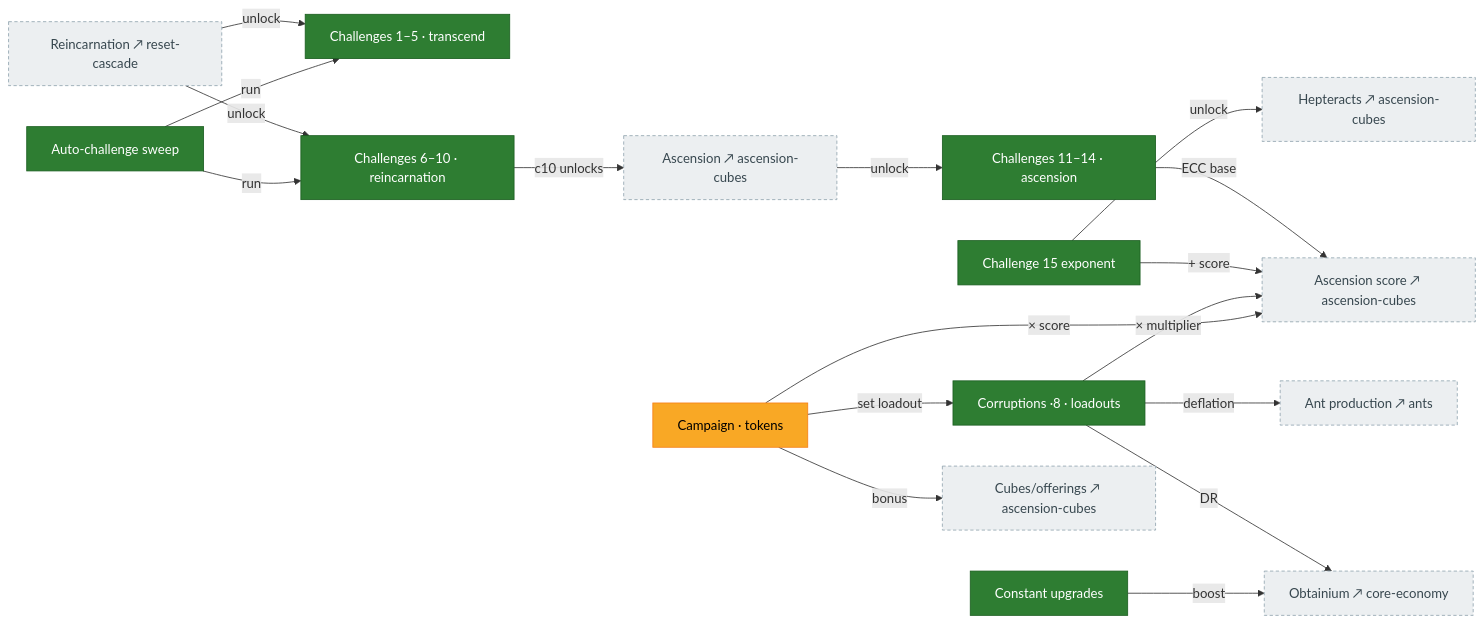
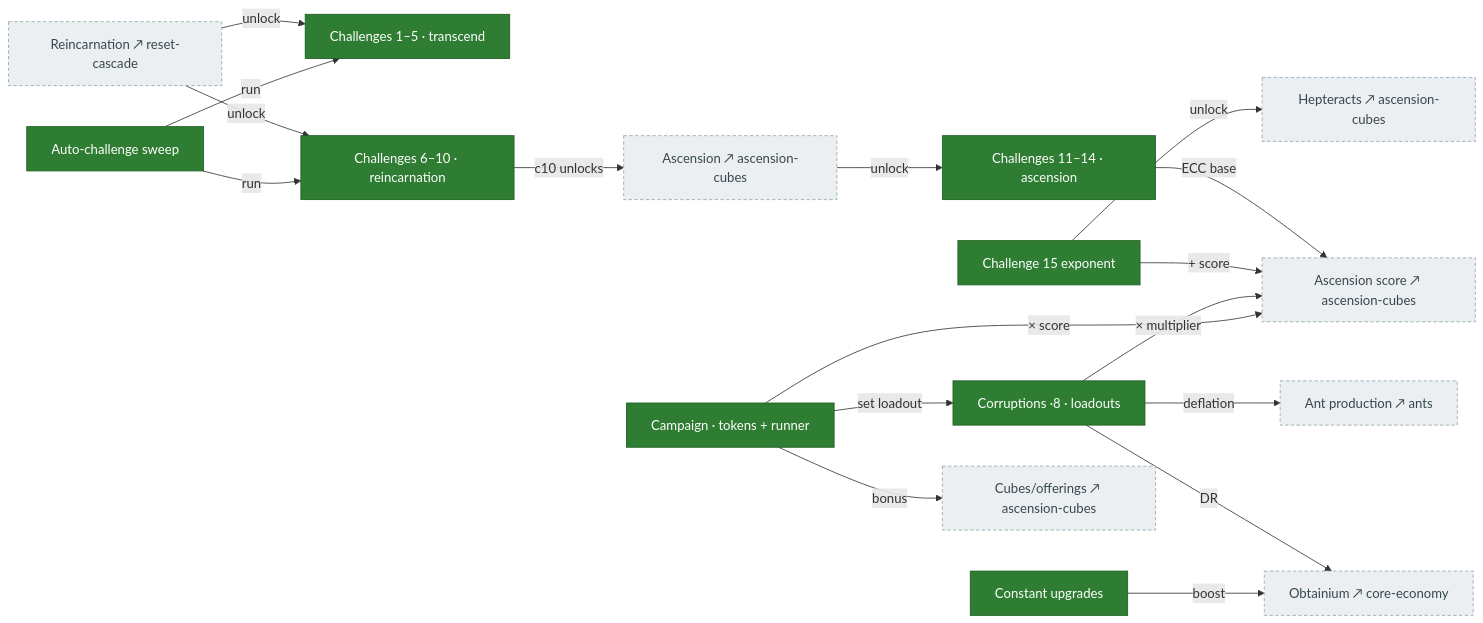
The diagram in docs/systems/challenges-corruptions.md (MaddisonM79/synergism_forkd), drawn with Mermaid before and after one commit. The commit also changed other lines of this file and 3 other files, not shown here.

First line of the commit message:
docs(systems): re-status campaign runner, perk table, save host wiring

````diff
--- a/docs/systems/challenges-corruptions.md
+++ b/docs/systems/challenges-corruptions.md
@@ -10,41 +10,41 @@
 ```mermaid
 flowchart LR
   classDef ported fill:#2e7d32,color:#fff,stroke:#1b5e20;
   classDef partial fill:#f9a825,color:#000,stroke:#f57f17;
   classDef bug fill:#f9a825,color:#000,stroke:#d50000,stroke-width:3px;
   classDef ext fill:#eceff1,color:#37474f,stroke:#90a4ae,stroke-dasharray:4 3;
 
   chPT["Challenges 1–5 · transcend"]:::ported
   chReinc["Challenges 6–10 · reincarnation"]:::ported
   chAsc["Challenges 11–14 · ascension"]:::ported
   ch15["Challenge 15 exponent"]:::ported
   autoChal["Auto-challenge sweep"]:::ported
   corruptions["Corruptions ·8 · loadouts"]:::ported
-  campaign["Campaign · tokens"]:::partial
+  campaign["Campaign · tokens + runner"]:::ported
   constUpg["Constant upgrades"]:::ported
 
   reinc["Reincarnation ↗ reset-cascade"]:::ext
   asc["Ascension ↗ ascension-cubes"]:::ext
   score["Ascension score ↗ ascension-cubes"]:::ext
   hept["Hepteracts ↗ ascension-cubes"]:::ext
   obt["Obtainium ↗ core-economy"]:::ext
   cubes["Cubes/offerings ↗ ascension-cubes"]:::ext
   antProd["Ant production ↗ ants"]:::ext
 
   reinc -->|"unlock"| chPT
   reinc -->|"unlock"| chReinc
   asc -->|"unlock"| chAsc
   chReinc -->|"c10 unlocks"| asc
   chAsc -->|"ECC base"| score
   ch15 -->|"+ score"| score
   ch15 -->|"unlock"| hept
   autoChal -->|"run"| chPT
   autoChal -->|"run"| chReinc
   corruptions -->|"× multiplier"| score
   corruptions -->|"DR"| obt
   corruptions -->|"deflation"| antProd
   campaign -->|"set loadout"| corruptions
   campaign -->|"bonus"| cubes
   campaign -->|"× score"| score
   constUpg -->|"boost"| obt
 ```
````
